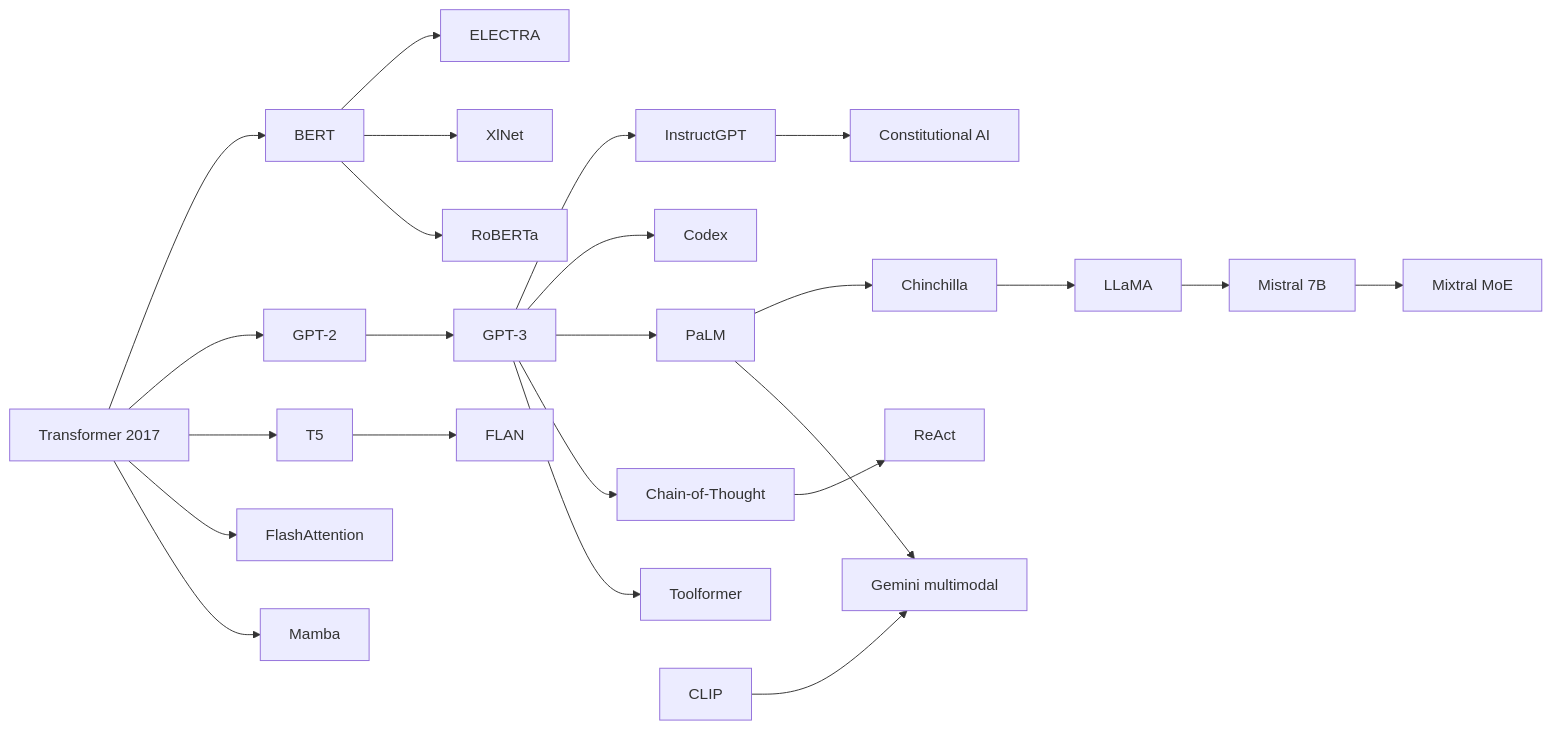
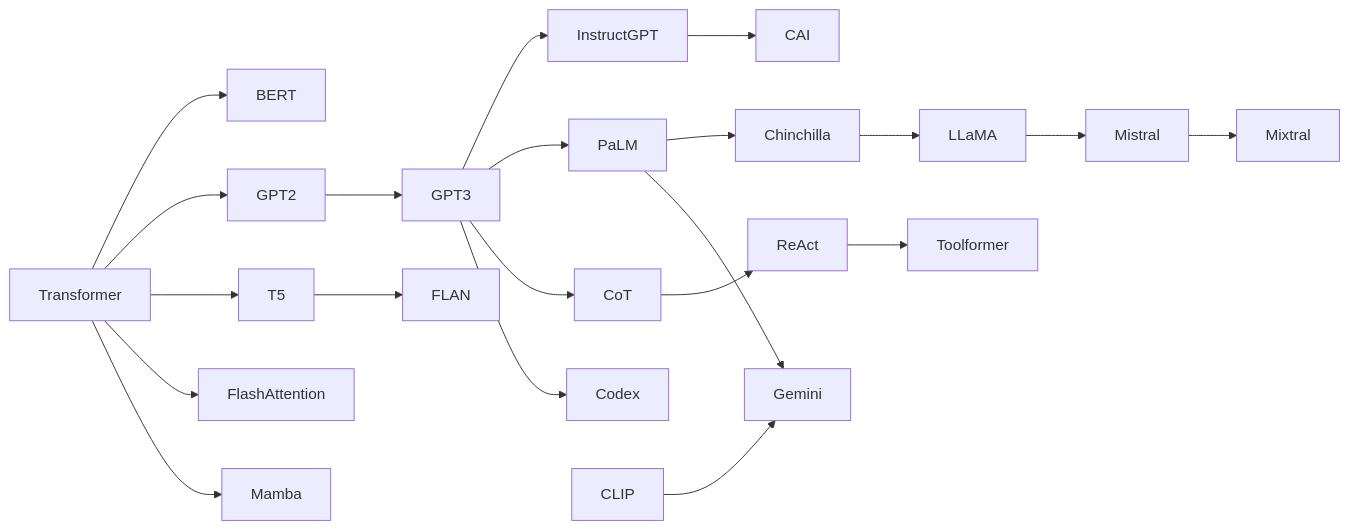
The diagram in docs/06_research_papers/index.md (spawn08/llmbase), drawn with Mermaid before and after one commit. The commit also changed other lines of this file, not shown here.

First line of the commit message:
Refactor attention and loss functions in research paper documentation

````diff
--- a/docs/06_research_papers/index.md
+++ b/docs/06_research_papers/index.md
@@ -804,26 +771,13 @@
 ```mermaid
 flowchart LR
-    T[Transformer 2017] --> BERT[BERT]
-    T --> GPT2[GPT-2]
-    GPT2 --> GPT3[GPT-3]
-    GPT3 --> Inst[InstructGPT]
-    Inst --> CAI[Constitutional AI]
-    BERT --> ELEC[ELECTRA]
-    BERT --> XL[XlNet]
-    BERT --> ROB[RoBERTa]
-    T --> T5[T5]
-    T5 --> FLAN[FLAN]
-    GPT3 --> CODEX[Codex]
-    GPT3 --> PaLM[PaLM]
-    PaLM --> CHIN[Chinchilla]
-    CHIN --> LLAMA[LLaMA]
-    T --> FA[FlashAttention]
-    LLAMA --> MIST[Mistral 7B]
-    MIST --> MIX[Mixtral MoE]
-    GPT3 --> CoT[Chain-of-Thought]
-    CoT --> ReAct[ReAct]
-    GPT3 --> Tool[Toolformer]
-    CLIP[CLIP] --> GEM[Gemini multimodal]
-    PaLM --> GEM
-    T --> MAM[Mamba]
+    T[Transformer] --> BERT & GPT2 & T5
+    GPT2 --> GPT3
+    GPT3 --> Inst[InstructGPT] & PaLM & CoT & Codex
+    Inst --> CAI
+    PaLM --> Chinchilla --> LLaMA --> Mistral --> Mixtral
+    T5 --> FLAN
+    CoT --> ReAct --> Toolformer
+    CLIP --> Gemini
+    PaLM --> Gemini
+    T --> FlashAttention & Mamba
 ```
````
